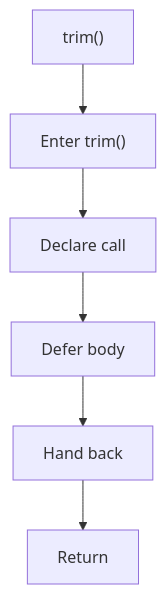
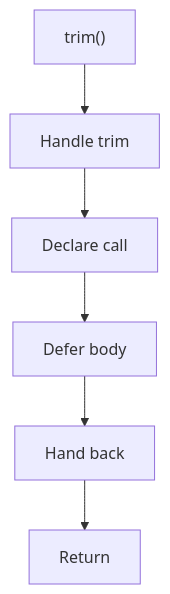
One commit to JohnAndrewBalbarosa/NeoTerritory changed the diagram in docs/Codebase/Microservice/Modules/Header/SyntacticBrokenAST/Analysis/ImplementationUse/Resolution/Symbols/Internal/Flow/functions/trim.hpp.md. Above: the diagram before and after it, drawn with Mermaid. The commit also changed other lines of this file and 915 other files, not shown here.

````diff
--- a/docs/Codebase/Microservice/Modules/Header/SyntacticBrokenAST/Analysis/ImplementationUse/Resolution/Symbols/Internal/Flow/functions/trim.hpp.md
+++ b/docs/Codebase/Microservice/Modules/Header/SyntacticBrokenAST/Analysis/ImplementationUse/Resolution/Symbols/Internal/Flow/functions/trim.hpp.md
@@ -16,14 +16,14 @@
 ```mermaid
 flowchart TD
     Start["trim()"]
-    N0["Enter trim()"]
+    N0["Handle trim"]
     N1["Declare call"]
     N2["Defer body"]
     N3["Hand back"]
     End["Return"]
     Start --> N0
     N0 --> N1
     N1 --> N2
     N2 --> N3
     N3 --> End
 ```
````
